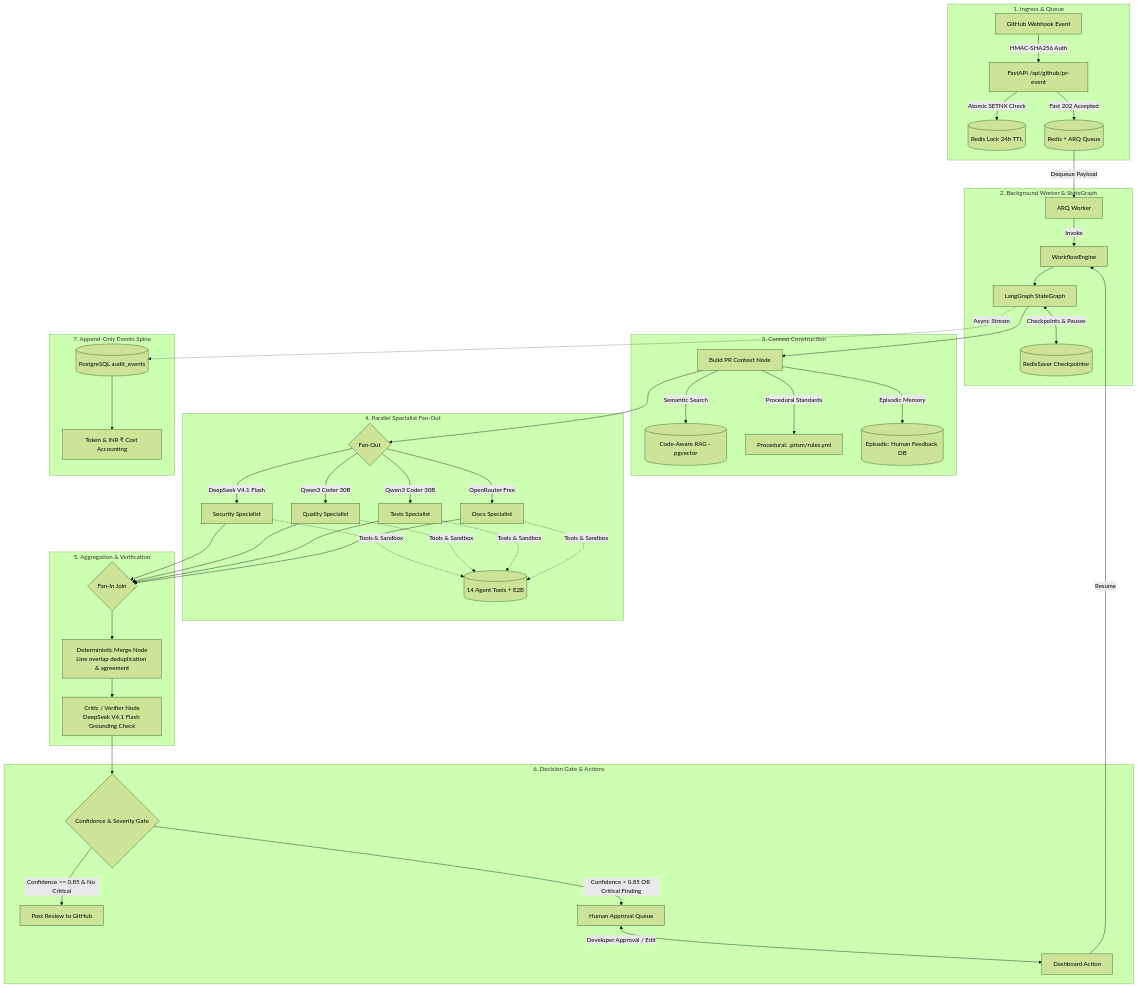
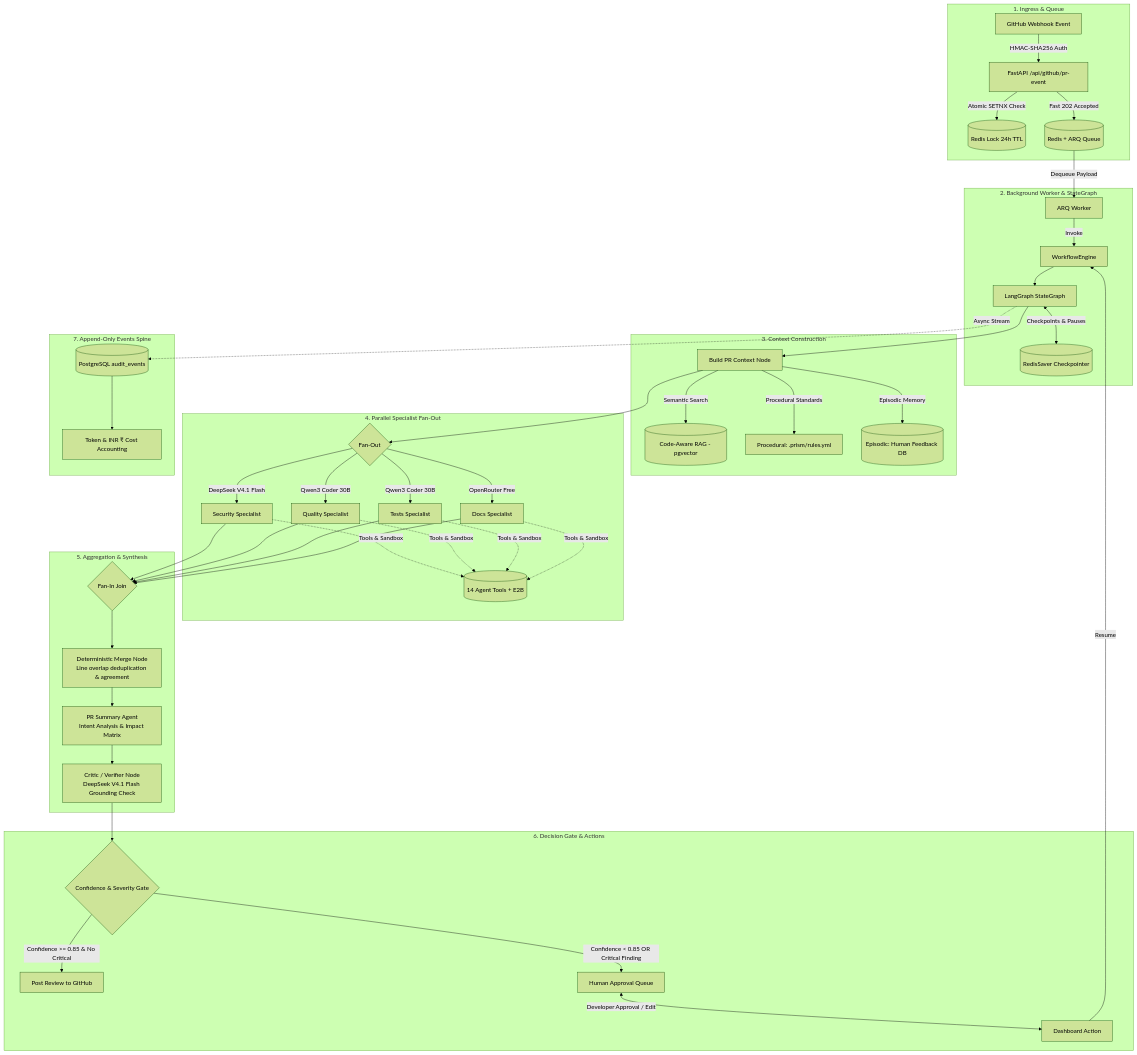
The diagram in ai/README.md (iamarin2224/PRism), drawn with Mermaid (forest theme) before and after one commit. The commit also changed other lines of this file and 1 other file, not shown here.

Commit message:
docs: update root and AI service READMEs with multi-agent pipeline, streaming Code Q&A, and platform features

````diff
--- a/ai/README.md
+++ b/ai/README.md
@@ -101,58 +103,59 @@
 ```mermaid
 flowchart TD
     subgraph Ingress ["1. Ingress & Queue"]
         A[GitHub Webhook Event] -->|HMAC-SHA256 Auth| B[FastAPI /api/github/pr-event]
         B -->|Atomic SETNX Check| C[(Redis Lock 24h TTL)]
         B -->|Fast 202 Accepted| D[(Redis + ARQ Queue)]
     end
 
     subgraph Worker ["2. Background Worker & StateGraph"]
         D -->|Dequeue Payload| E[ARQ Worker]
         E -->|Invoke| F[WorkflowEngine]
         F --> G[LangGraph StateGraph]
         G <-->|Checkpoints & Pauses| H[(RedisSaver Checkpointer)]
     end
 
     subgraph ContextGrounding ["3. Context Construction"]
         G --> NodeContext[Build PR Context Node]
         NodeContext -->|Semantic Search| RAG[(Code-Aware RAG - pgvector)]
         NodeContext -->|Procedural Standards| Rules[Procedural: .prism/rules.yml]
         NodeContext -->|Episodic Memory| Epi[(Episodic: Human Feedback DB)]
     end
 
     subgraph FanOut ["4. Parallel Specialist Fan-Out"]
         NodeContext --> Fork{Fan-Out}
         Fork -->|DeepSeek V4.1 Flash| Sec[Security Specialist]
         Fork -->|Qwen3 Coder 30B| Qual[Quality Specialist]
         Fork -->|Qwen3 Coder 30B| Test[Tests Specialist]
         Fork -->|OpenRouter Free| Docs[Docs Specialist]
 
         Sec -.->|Tools & Sandbox| Tools[(14 Agent Tools + E2B)]
         Qual -.->|Tools & Sandbox| Tools
         Test -.->|Tools & Sandbox| Tools
         Docs -.->|Tools & Sandbox| Tools
     end
 
-    subgraph AggregationCritic ["5. Aggregation & Verification"]
+    subgraph AggregationCritic ["5. Aggregation & Synthesis"]
         Sec --> Join{Fan-In Join}
         Qual --> Join
         Test --> Join
         Docs --> Join
 
         Join --> NodeMerge[Deterministic Merge Node\nLine overlap deduplication & agreement]
-        NodeMerge --> NodeCritic[Critic / Verifier Node\nDeepSeek V4.1 Flash Grounding Check]
+        NodeMerge --> NodeSummary[PR Summary Agent\nIntent Analysis & Impact Matrix]
+        NodeSummary --> NodeCritic[Critic / Verifier Node\nDeepSeek V4.1 Flash Grounding Check]
     end
 
     subgraph DecisionGate ["6. Decision Gate & Actions"]
         NodeCritic --> Gate{Confidence & Severity Gate}
         Gate -->|Confidence >= 0.85 & No Critical| NodePost[Post Review to GitHub]
         Gate -->|Confidence < 0.85 OR Critical Finding| NodeHITL[Human Approval Queue]
         NodeHITL <-->|Developer Approval / Edit| HITLAction[Dashboard Action]
         HITLAction -->|Resume| F
     end
 
     subgraph Telemetry ["7. Append-Only Events Spine"]
         G -.->|Async Stream| Spine[(PostgreSQL audit_events)]
         Spine --> Accounting[Token & INR ₹ Cost Accounting]
     end
 ```
````
